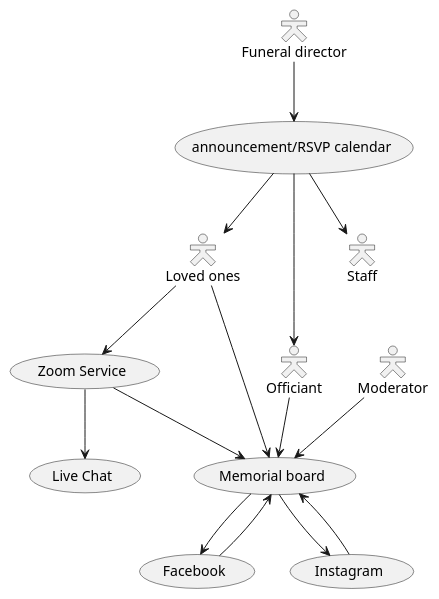
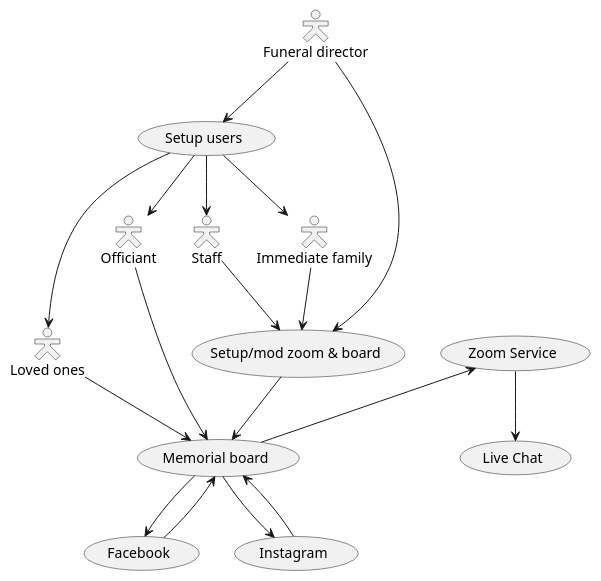
Before and after one commit to Larry-Volz/RememberTogether: the diagram in Planning/UML_diagrams/use_case_diagram_remember_together.puml, drawn with PlantUML. The commit also changed 16 other files, not shown here.

```diff
--- a/Planning/UML_diagrams/use_case_diagram_remember_together.puml
+++ b/Planning/UML_diagrams/use_case_diagram_remember_together.puml
@@ -1,47 +1,53 @@
 @startuml Remember Together - use cases 
 skinparam actorStyle Hollow
 
 "Loved ones" as LO
 "Officiant" as Of
 "Funeral director" as Admin
 "Staff" as staff
-"Moderator" as mod 
+"Immediate family" as mod 
 
 
 ' "Admin the app" as (admin)
-"announcement/RSVP calendar" as (cal)
+"Setup users" as (setupUsers)
+"Setup/mod zoom & board" as (z_setup)
 "Zoom Service" as (zoom)
 "Memorial board" as (board)
 "Facebook" as (fb)
 "Live Chat" as (chat)
 "Instagram" as (insta)
 
 ' LO <-- (board)
-LO --> (zoom) 
+' LO --> (zoom) 
 LO --> (board)
 
 (zoom) --> (chat)
 
 Of --> (board)
 ' Of <-- (board)
-mod --> (board)
 
 
-(zoom) --> (board)
+(zoom) <-- (board)
 (board) --> (fb)
 (board) <-- (fb)
 (board) --> (insta)
 (board) <-- (insta)
+(z_setup) --> (board)
 
 
 ' Admin --> (admin)
 
-Admin --> (cal)
+Admin --> (setupUsers)
 ' (admin) --> (board)
 ' (admin) <-- (board)
-(cal) --> LO
-(cal) --> Of
-(cal) --> staff
+(setupUsers) --> LO
+(setupUsers) --> Of
+(setupUsers) --> staff
+(setupUsers) --> mod
+
+Admin --> (z_setup)
+staff --> (z_setup)
+mod --> (z_setup)
 
 
 @enduml
```
